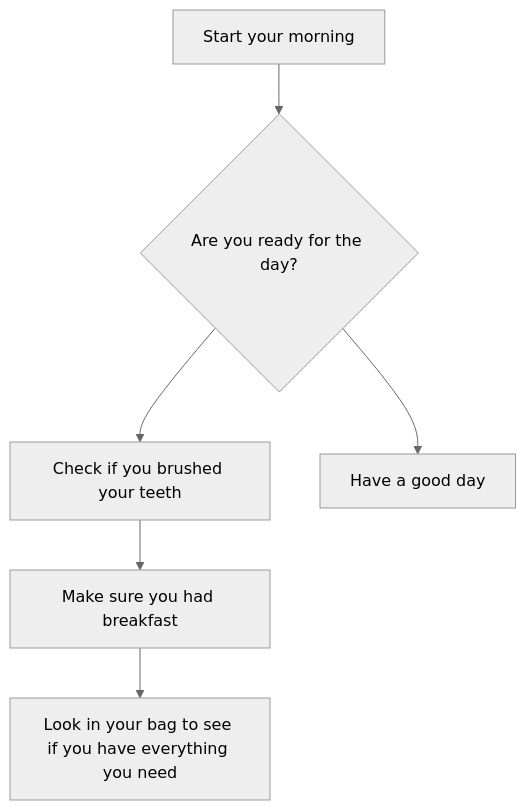
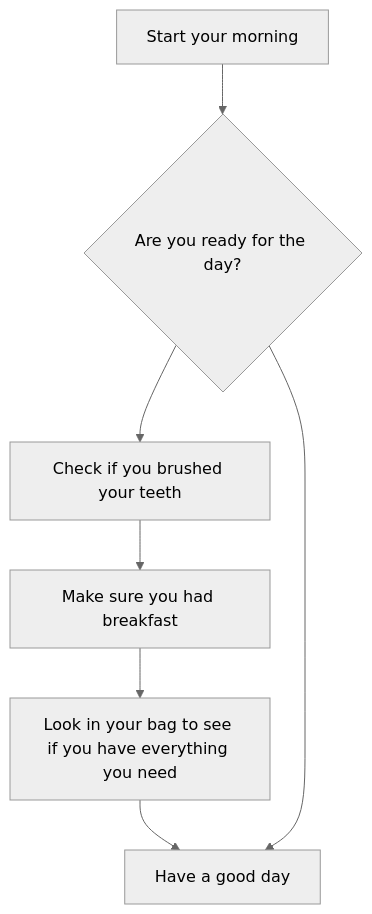
Before and after one commit to Edward3785/Edward3785.github.io: the diagram in Diagram.md, drawn with Mermaid (neutral theme).

Commit message:
Connect E to F

````diff
--- a/Diagram.md
+++ b/Diagram.md
@@ -3,10 +3,11 @@
 ```mermaid
  flowchart TD;
      A[Start your morning]-->B{Are you ready for the day?};
      B --> C[Check if you brushed your teeth]
      C --> D[Make sure you had breakfast]
      D --> E[Look in your bag to see if you have everything you need]
+     E --> F
      B --> F[Have a good day]
 
 
 ```
````
